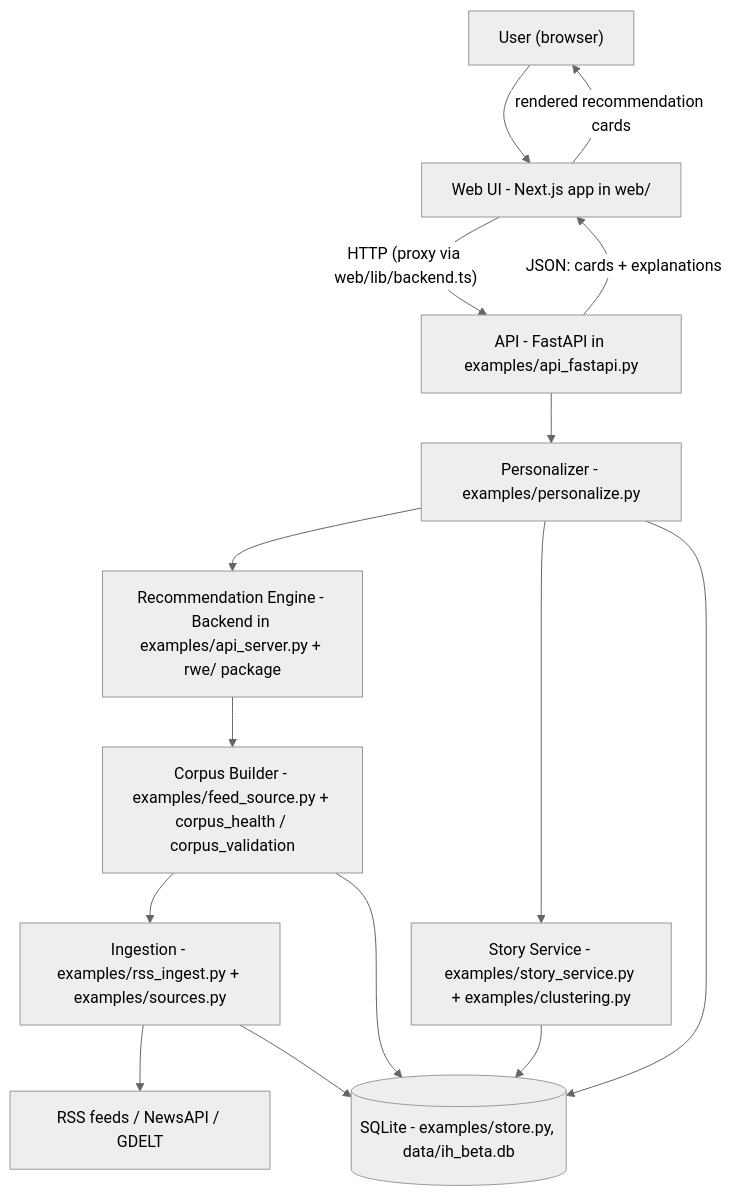
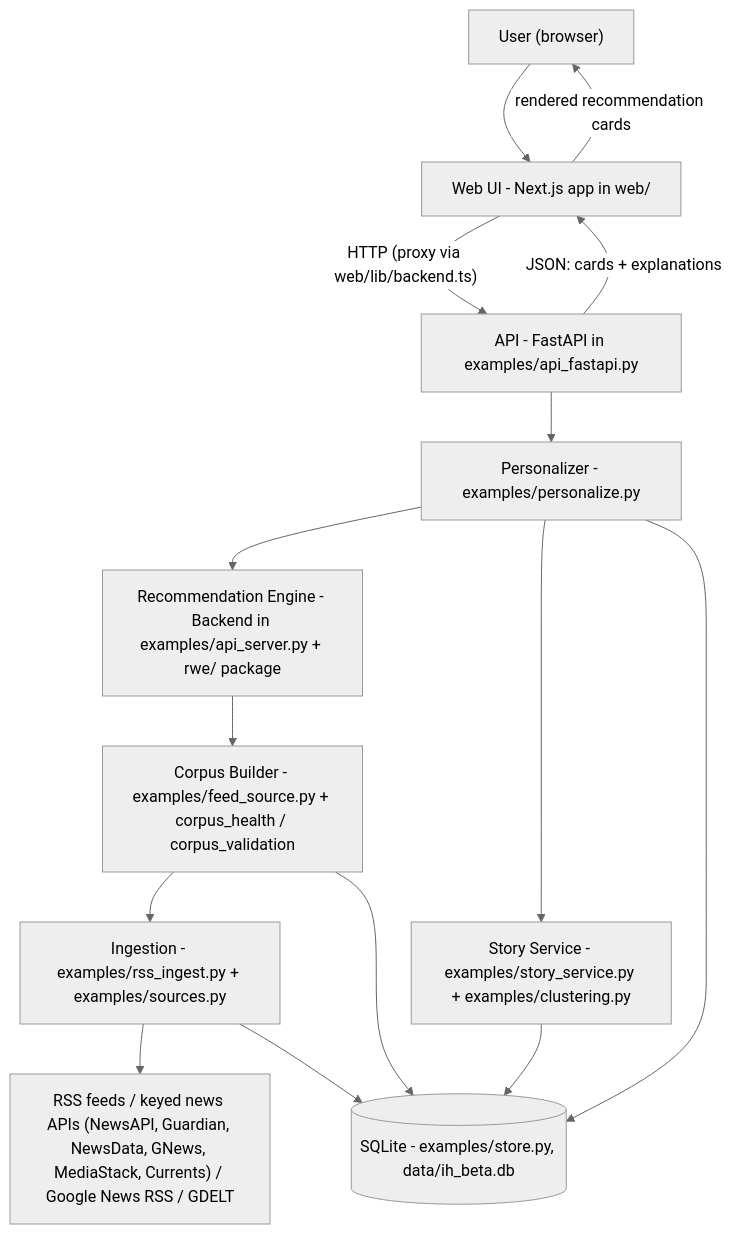
One commit to greenwichg/random_walks_with_erasure changed the first of 7 diagrams in docs/SYSTEM_ARCHITECTURE_GUIDE.md. Above: the diagram before and after it, drawn with Mermaid (neutral theme). The commit also changed other lines of this file and 9 other files, not shown here.

````diff
--- a/docs/SYSTEM_ARCHITECTURE_GUIDE.md
+++ b/docs/SYSTEM_ARCHITECTURE_GUIDE.md
@@ -12,17 +12,17 @@
 ```mermaid
 flowchart TD
     U["User (browser)"] --> W["Web UI - Next.js app in web/"]
     W -->|"HTTP (proxy via web/lib/backend.ts)"| A["API - FastAPI in examples/api_fastapi.py"]
     A --> P["Personalizer - examples/personalize.py"]
     P --> E["Recommendation Engine - Backend in examples/api_server.py + rwe/ package"]
     P --> SS["Story Service - examples/story_service.py + examples/clustering.py"]
     E --> CB["Corpus Builder - examples/feed_source.py + corpus_health / corpus_validation"]
     CB --> ING["Ingestion - examples/rss_ingest.py + examples/sources.py"]
-    ING --> SRC["RSS feeds / NewsAPI / GDELT"]
+    ING --> SRC["RSS feeds / keyed news APIs (NewsAPI, Guardian, NewsData, GNews, MediaStack, Currents) / Google News RSS / GDELT"]
     ING --> DB[("SQLite - examples/store.py, data/ih_beta.db")]
     CB --> DB
     SS --> DB
     P --> DB
     A -->|"JSON: cards + explanations"| W
     W -->|"rendered recommendation cards"| U
 ```
````
